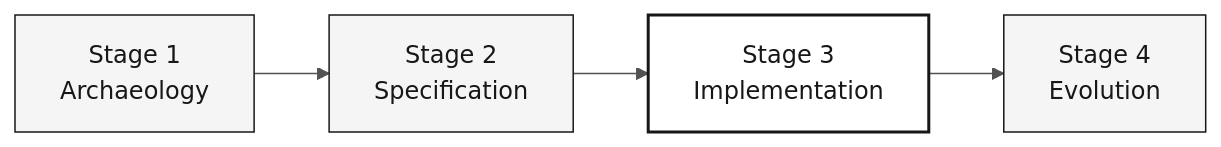
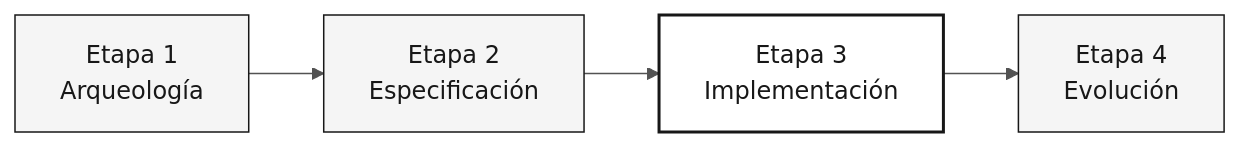
Before and after one commit to paulasilvatech/datacorp-sifap-team-kit-pt-br: the diagram in 05-personas/07-dba/PERSONA.md, drawn with Mermaid. The commit also changed other lines of this file and 386 other files, not shown here.

````diff
--- a/05-personas/07-dba/PERSONA.md
+++ b/05-personas/07-dba/PERSONA.md
@@ -30,10 +30,10 @@
 ```mermaid
 %%{init: {'theme':'neutral','themeVariables':{'fontFamily':'ui-sans-serif, system-ui, sans-serif','primaryColor':'#F5F5F5','primaryTextColor':'#171717','primaryBorderColor':'#171717','lineColor':'#525252','secondaryColor':'#FFFFFF','tertiaryColor':'#FAFAFA','background':'#FFFFFF'}}}%%
 flowchart LR
     classDef step fill:#F5F5F5,stroke:#171717,color:#171717
     classDef active fill:#FFFFFF,stroke:#171717,color:#171717,stroke-width:2px
     classDef muted fill:#FAFAFA,stroke:#A3A3A3,color:#404040
-    S1["Stage 1<br/>Archaeology"]:::step --> S2["Stage 2<br/>Specification"]:::step
-    S2 --> S3["Stage 3<br/>Implementation"]:::active
-    S3 --> S4["Stage 4<br/>Evolution"]:::step
+    S1["Etapa 1<br/>Arqueología"]:::step --> S2["Etapa 2<br/>Especificación"]:::step
+    S2 --> S3["Etapa 3<br/>Implementación"]:::active
+    S3 --> S4["Etapa 4<br/>Evolución"]:::step
 ```
````
